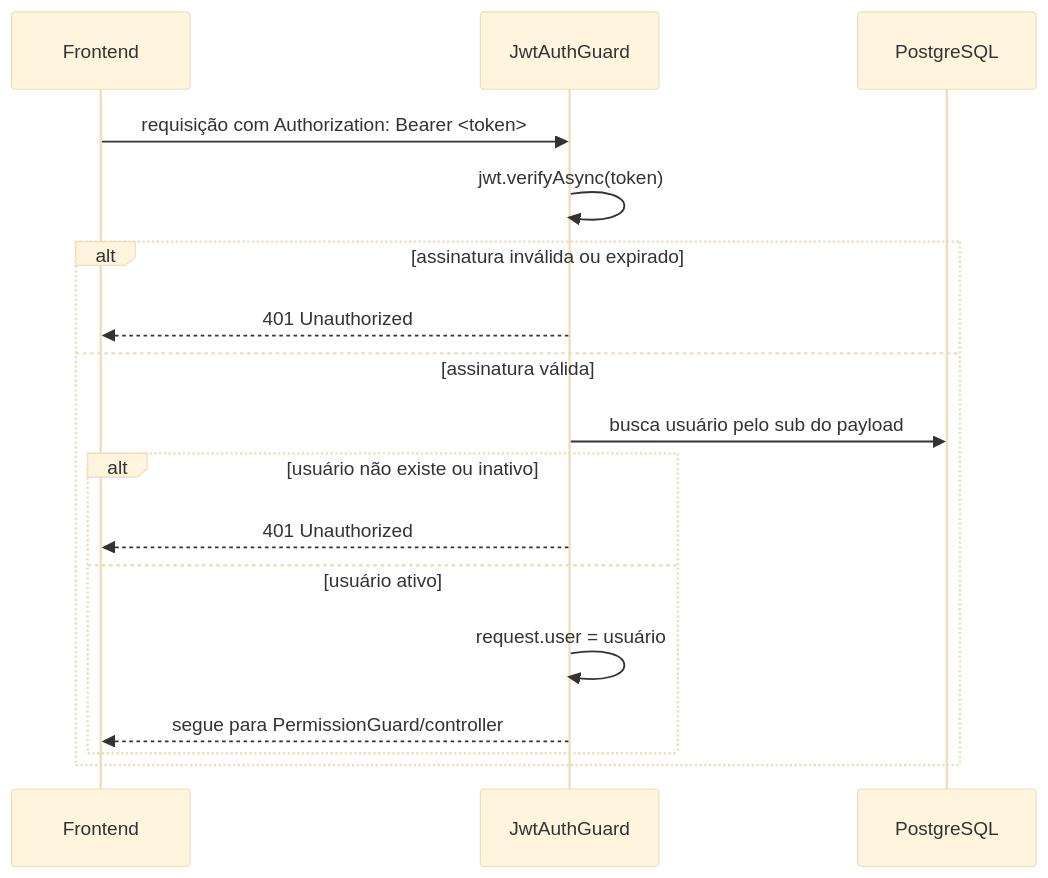
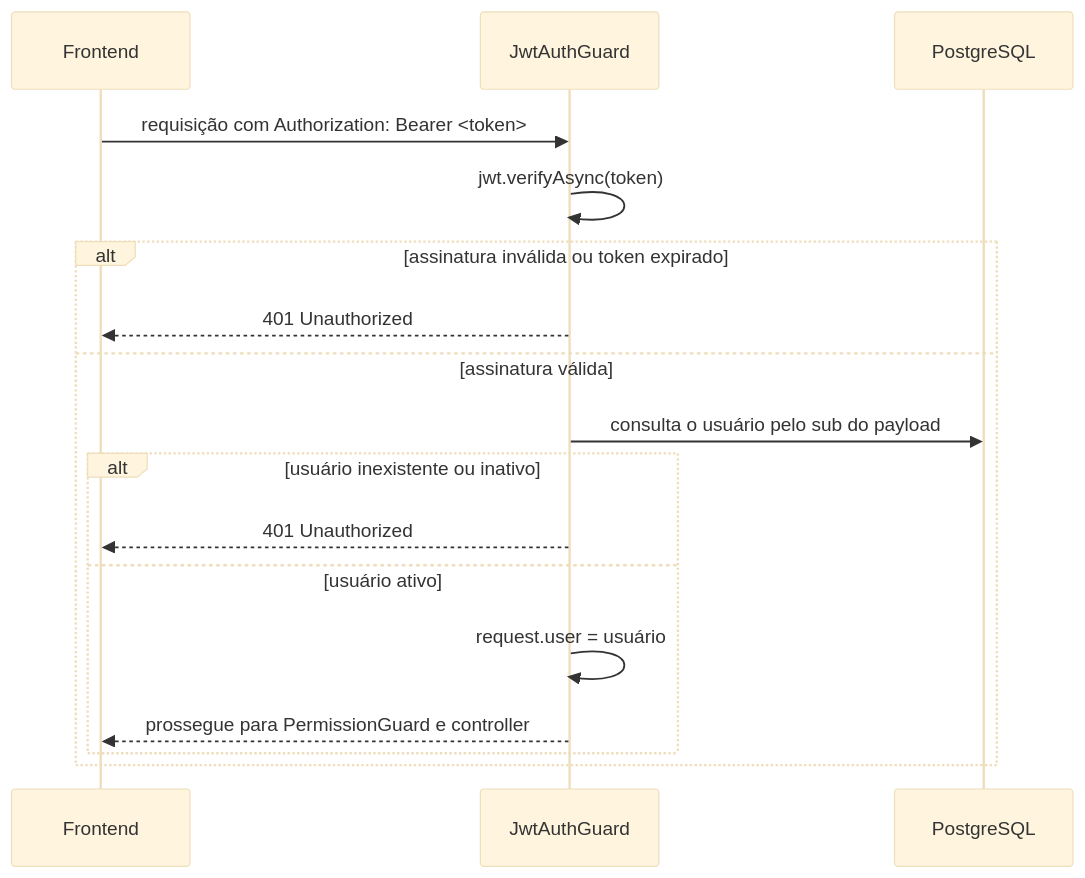
Before and after one commit to bebberjoao/RoosterOneBackend: the third of 6 diagrams in docs/engineering/02-diagramas.md, drawn with Mermaid (base theme). The commit also changed other lines of this file and 14 other files, not shown here.

````diff
--- a/docs/engineering/02-diagramas.md
+++ b/docs/engineering/02-diagramas.md
@@ -40,19 +46,19 @@
 ```mermaid
 sequenceDiagram
     participant F as Frontend
     participant G as JwtAuthGuard
     participant DB as PostgreSQL
     F->>G: requisição com Authorization: Bearer <token>
     G->>G: jwt.verifyAsync(token)
-    alt assinatura inválida ou expirado
+    alt assinatura inválida ou token expirado
         G-->>F: 401 Unauthorized
     else assinatura válida
-        G->>DB: busca usuário pelo sub do payload
-        alt usuário não existe ou inativo
+        G->>DB: consulta o usuário pelo sub do payload
+        alt usuário inexistente ou inativo
             G-->>F: 401 Unauthorized
         else usuário ativo
             G->>G: request.user = usuário
-            G-->>F: segue para PermissionGuard/controller
+            G-->>F: prossegue para PermissionGuard e controller
         end
     end
 ```
````
